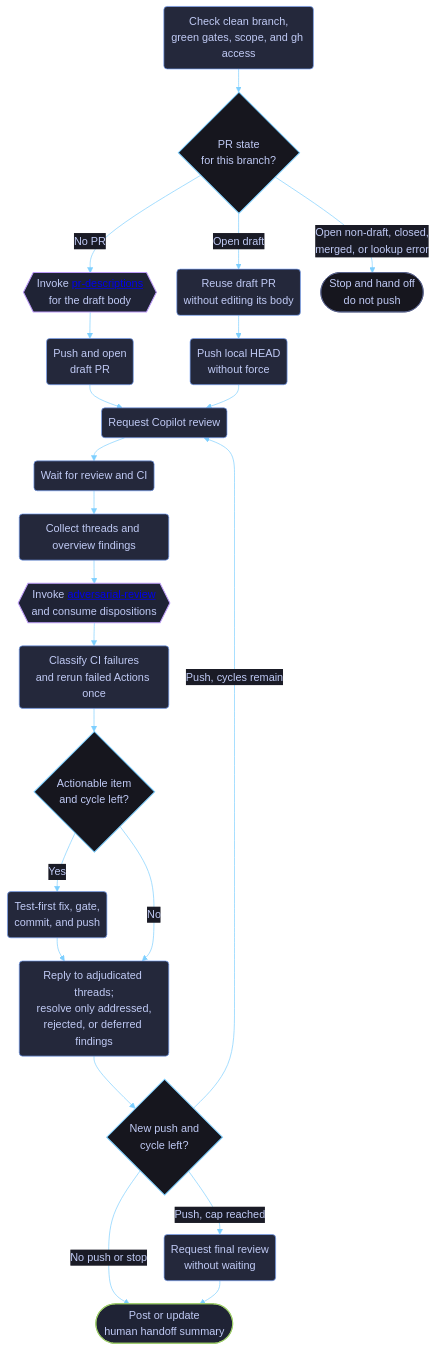
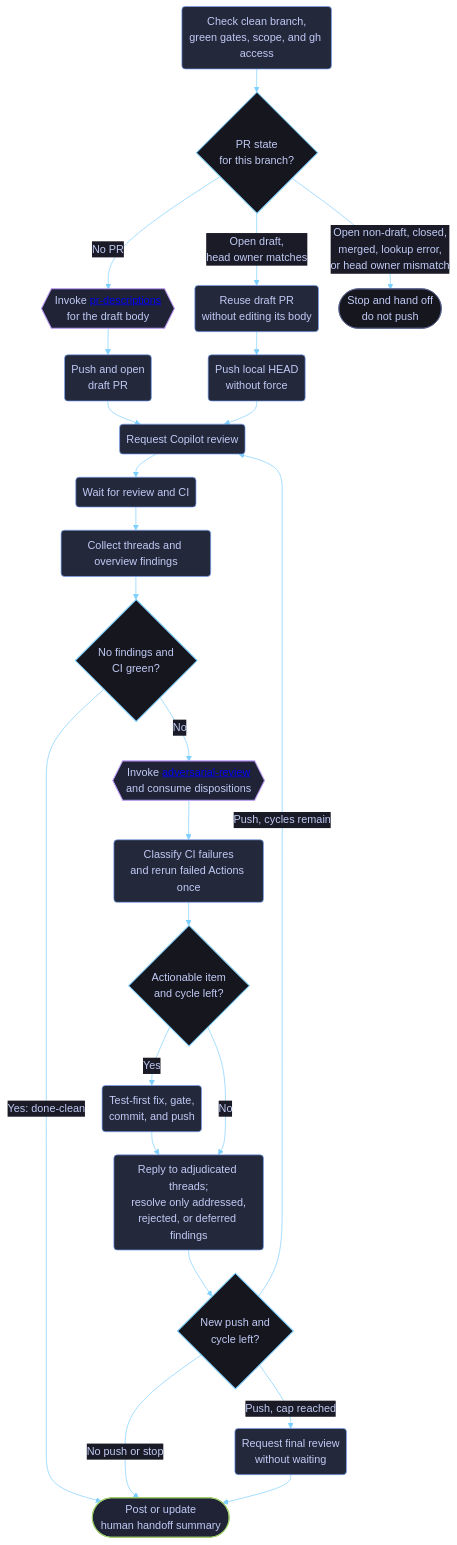
Before and after one commit to dvo-dev/copilot-guidance: the diagram in docs/skill-workflows/copilot-review-loop.md, drawn with Mermaid. The commit also changed 4 other files, not shown here.

First line of the commit message:
Address review findings (cycle 3)

````diff
--- a/docs/skill-workflows/copilot-review-loop.md
+++ b/docs/skill-workflows/copilot-review-loop.md
@@ -20,37 +20,39 @@
 ```mermaid
 %%{init: {"theme":"base","themeVariables":{"background":"#1a1b26","primaryColor":"#24283b","primaryTextColor":"#c0caf5","primaryBorderColor":"#7aa2f7","secondaryColor":"#1f2335","secondaryTextColor":"#c0caf5","secondaryBorderColor":"#bb9af7","tertiaryColor":"#16161e","tertiaryTextColor":"#c0caf5","tertiaryBorderColor":"#7dcfff","lineColor":"#7dcfff","textColor":"#c0caf5","mainBkg":"#24283b","nodeBorder":"#7aa2f7","clusterBkg":"#16161e","clusterBorder":"#565f89","defaultLinkColor":"#7dcfff","edgeLabelBackground":"#1a1b26","titleColor":"#bb9af7","fontFamily":"ui-monospace, SFMono-Regular, Menlo, Monaco, Consolas, Liberation Mono, monospace"},"flowchart":{"curve":"basis","htmlLabels":true,"nodeSpacing":30,"rankSpacing":34,"padding":10}}}%%
 flowchart TD
     A("Check clean branch,<br/>green gates, scope, and gh access") --> B{"PR state<br/>for this branch?"}
     B -->|No PR| C{{"Invoke <a href='https://github.com/dvo-dev/copilot-guidance/blob/main/docs/skill-workflows/pr-descriptions.md'>pr-descriptions</a><br/>for the draft body"}}
     C --> D("Push and open<br/>draft PR")
-    B -->|Open draft| E("Reuse draft PR<br/>without editing its body")
-    B -->|Open non-draft, closed,<br/>merged, or lookup error| Z(["Stop and hand off<br/>do not push"])
+    B -->|Open draft,<br/>head owner matches| E("Reuse draft PR<br/>without editing its body")
+    B -->|Open non-draft, closed,<br/>merged, lookup error,<br/>or head owner mismatch| Z(["Stop and hand off<br/>do not push"])
     D --> F("Request Copilot review")
     E --> P("Push local HEAD<br/>without force")
     P --> F
     F --> G("Wait for review and CI")
     G --> H("Collect threads and overview findings")
-    H --> I{{"Invoke <a href='https://github.com/dvo-dev/copilot-guidance/blob/main/docs/skill-workflows/adversarial-review.md'>adversarial-review</a><br/>and consume dispositions"}}
+    H --> CLEAN{"No findings and<br/>CI green?"}
+    CLEAN -->|Yes: done-clean| O
+    CLEAN -->|No| I{{"Invoke <a href='https://github.com/dvo-dev/copilot-guidance/blob/main/docs/skill-workflows/adversarial-review.md'>adversarial-review</a><br/>and consume dispositions"}}
     I --> J("Classify CI failures<br/>and rerun failed Actions once")
     J --> K{"Actionable item<br/>and cycle left?"}
     K -->|Yes| L("Test-first fix, gate,<br/>commit, and push")
     L --> M("Reply to adjudicated threads;<br/>resolve only addressed,<br/>rejected, or deferred findings")
     K -->|No| M
     M --> N{"New push and<br/>cycle left?"}
     N -->|No push or stop| O(["Post or update<br/>human handoff summary"])
     N -->|Push, cycles remain| F
     N -->|Push, cap reached| Q("Request final review<br/>without waiting")
     Q --> O
 
     classDef stage fill:#24283b,stroke:#7aa2f7,stroke-width:1px,color:#c0caf5;
     classDef delegated fill:#1f2335,stroke:#bb9af7,stroke-width:1.5px,color:#c0caf5;
     classDef outcome fill:#1f2335,stroke:#9ece6a,stroke-width:1.5px,color:#c0caf5;
     classDef terminal fill:#16161e,stroke:#565f89,stroke-width:1px,color:#c0caf5;
     classDef decision fill:#16161e,stroke:#7dcfff,stroke-width:1.5px,color:#c0caf5;
     class A,D,E,F,G,H,J,L,M,P,Q stage;
     class C,I delegated;
     class O outcome;
     class Z terminal;
-    class B,K,N decision;
+    class B,CLEAN,K,N decision;
 
 ```
````
